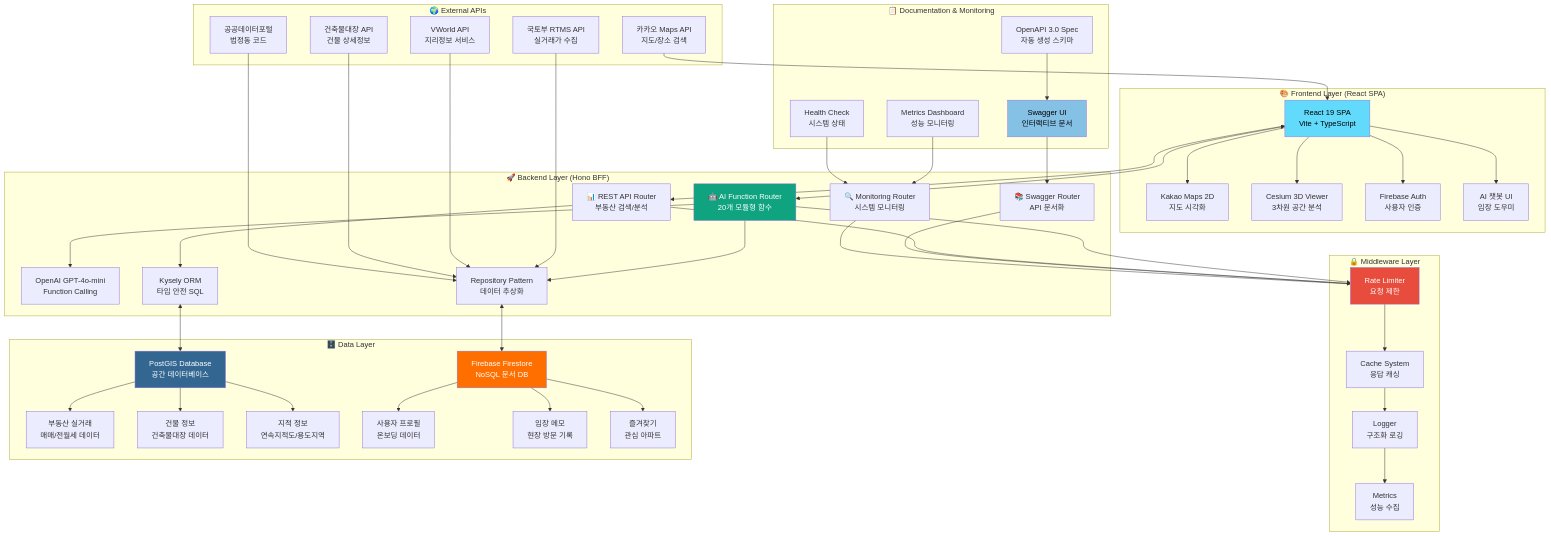
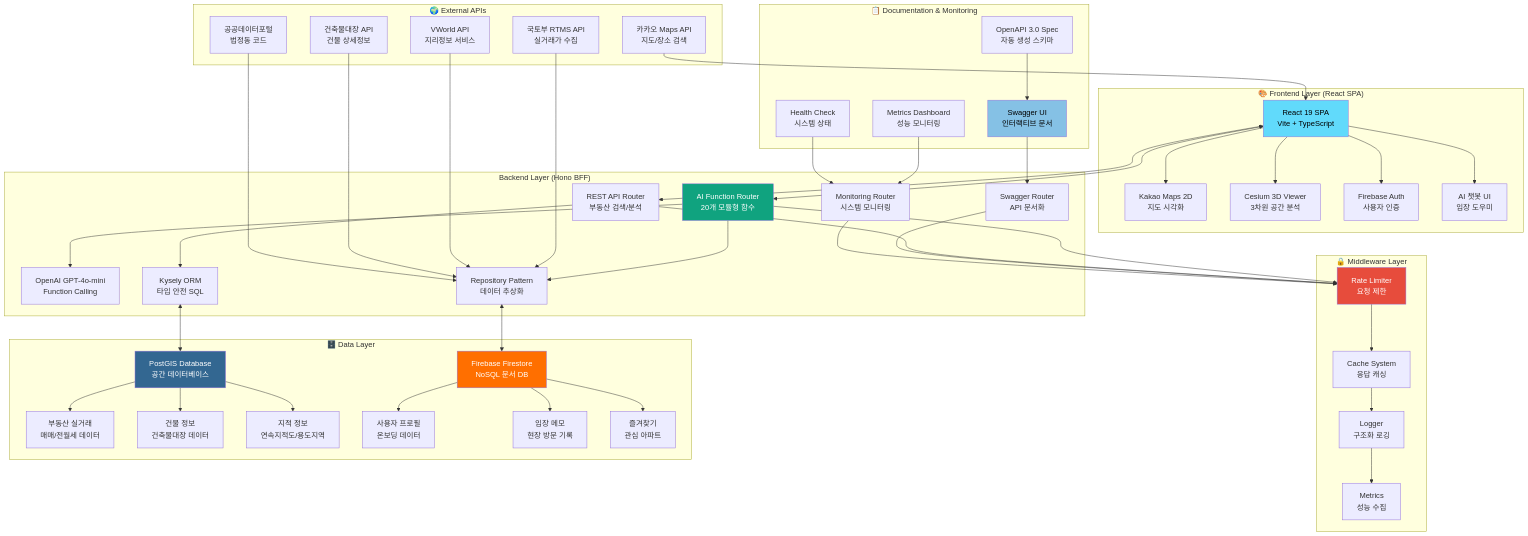
One commit to katnon/openimjang changed the first of 6 diagrams in README.md. Above: the diagram before and after it, drawn with Mermaid. The commit also changed other lines of this file, not shown here.

First line of the commit message:
fix: Mermaid 다이어그램 렌더링 오류 수정

````diff
--- a/README.md
+++ b/README.md
@@ -26,62 +26,62 @@
 ```mermaid
 graph TB
     subgraph "🎨 Frontend Layer (React SPA)"
         A[React 19 SPA<br/>Vite + TypeScript] --> B[Kakao Maps 2D<br/>지도 시각화]
         A --> C[Cesium 3D Viewer<br/>3차원 공간 분석]
         A --> D[Firebase Auth<br/>사용자 인증]
         A --> E[AI 챗봇 UI<br/>임장 도우미]
     end
     
     subgraph "🔒 Middleware Layer"
         F[Rate Limiter<br/>요청 제한] --> G[Cache System<br/>응답 캐싱]
         G --> H[Logger<br/>구조화 로깅] --> I[Metrics<br/>성능 수집]
     end
     
-    subgraph "🚀 Backend Layer (Hono BFF)"
-        J[🤖 AI Function Router<br/>20개 모듈형 함수] --> F
-        K[📊 REST API Router<br/>부동산 검색/분석] --> F  
-        L[📚 Swagger Router<br/>API 문서화] --> F
-        M[🔍 Monitoring Router<br/>시스템 모니터링] --> F
+    subgraph "Backend Layer (Hono BFF)"
+        J["AI Function Router<br/>20개 모듈형 함수"] --> F
+        K["REST API Router<br/>부동산 검색/분석"] --> F  
+        L["Swagger Router<br/>API 문서화"] --> F
+        M["Monitoring Router<br/>시스템 모니터링"] --> F
         
         J --> N[OpenAI GPT-4o-mini<br/>Function Calling]
         K --> O[Kysely ORM<br/>타입 안전 SQL]
         J --> P[Repository Pattern<br/>데이터 추상화]
     end
     
     subgraph "🗄️ Data Layer"
         Q[PostGIS Database<br/>공간 데이터베이스] --> R[부동산 실거래<br/>매매/전월세 데이터]
         Q --> S[건물 정보<br/>건축물대장 데이터]
         Q --> T[지적 정보<br/>연속지적도/용도지역]
         
         U[Firebase Firestore<br/>NoSQL 문서 DB] --> V[사용자 프로필<br/>온보딩 데이터]
         U --> W[임장 메모<br/>현장 방문 기록]
         U --> X[즐겨찾기<br/>관심 아파트]
     end
     
     subgraph "🌍 External APIs"
         Y[국토부 RTMS API<br/>실거래가 수집] --> P
         Z[VWorld API<br/>지리정보 서비스] --> P
         AA[카카오 Maps API<br/>지도/장소 검색] --> A
         BB[건축물대장 API<br/>건물 상세정보] --> P
         CC[공공데이터포털<br/>법정동 코드] --> P
     end
     
     subgraph "📋 Documentation & Monitoring"
         DD[Swagger UI<br/>인터랙티브 문서] --> L
         EE[OpenAPI 3.0 Spec<br/>자동 생성 스키마] --> DD
         FF[Metrics Dashboard<br/>성능 모니터링] --> M
         GG[Health Check<br/>시스템 상태] --> M
     end
     
     A <--> J
     A <--> K
     O <--> Q
     P <--> U
     
     style A fill:#61dafb,color:#000
     style J fill:#10a37f,color:#fff
     style Q fill:#336791,color:#fff
     style U fill:#ff6f00,color:#fff
     style F fill:#e74c3c,color:#fff
     style DD fill:#85c1e5,color:#000
 ```
````
